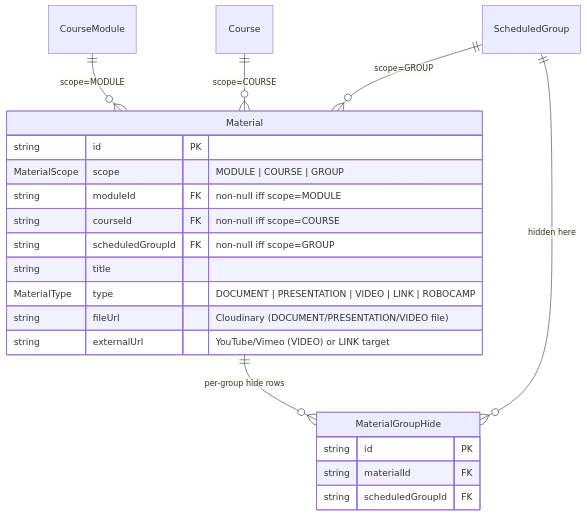
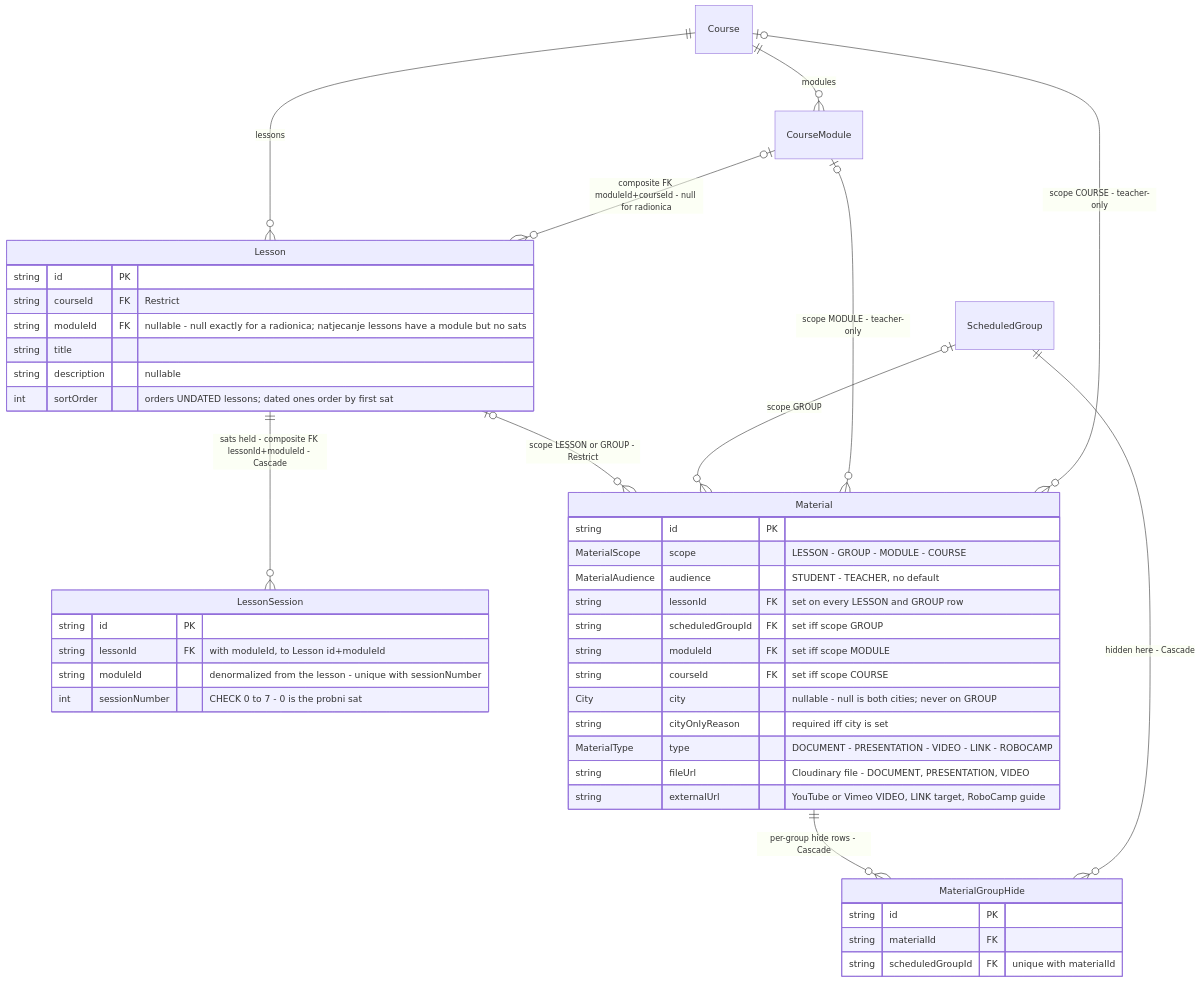
Before and after one commit to jpucic00/inovatic: the first of 6 diagrams in docs/diagrams/material-scope.md, drawn with Mermaid. The commit also changed other lines of this file and 30 other files, not shown here.

````diff
--- a/docs/diagrams/material-scope.md
+++ b/docs/diagrams/material-scope.md
@@ -13,26 +16,50 @@
 ```mermaid
 erDiagram
-    CourseModule   ||--o{ Material : "scope=MODULE"
-    Course         ||--o{ Material : "scope=COURSE"
-    ScheduledGroup ||--o{ Material : "scope=GROUP"
-    Material       ||--o{ MaterialGroupHide : "per-group hide rows"
-    ScheduledGroup ||--o{ MaterialGroupHide : "hidden here"
+    Course         ||--o{ CourseModule : "modules"
+    Course         ||--o{ Lesson : "lessons"
+    CourseModule   |o--o{ Lesson : "composite FK moduleId+courseId - null for radionica"
+    Lesson         ||--o{ LessonSession : "sats held - composite FK lessonId+moduleId - Cascade"
+    Lesson         |o--o{ Material : "scope LESSON or GROUP - Restrict"
+    ScheduledGroup |o--o{ Material : "scope GROUP"
+    CourseModule   |o--o{ Material : "scope MODULE - teacher-only"
+    Course         |o--o{ Material : "scope COURSE - teacher-only"
+    Material       ||--o{ MaterialGroupHide : "per-group hide rows - Cascade"
+    ScheduledGroup ||--o{ MaterialGroupHide : "hidden here - Cascade"
+
+    Lesson {
+        string id PK
+        string courseId FK "Restrict"
+        string moduleId FK "nullable - null exactly for a radionica; natjecanje lessons have a module but no sats"
+        string title
+        string description "nullable"
+        int sortOrder "orders UNDATED lessons; dated ones order by first sat"
+    }
+
+    LessonSession {
+        string id PK
+        string lessonId FK "with moduleId, to Lesson id+moduleId"
+        string moduleId "denormalized from the lesson - unique with sessionNumber"
+        int sessionNumber "CHECK 0 to 7 - 0 is the probni sat"
+    }
 
     Material {
         string id PK
-        MaterialScope scope "MODULE | COURSE | GROUP"
-        string moduleId FK "non-null iff scope=MODULE"
-        string courseId FK "non-null iff scope=COURSE"
-        string scheduledGroupId FK "non-null iff scope=GROUP"
-        string title
-        MaterialType type "DOCUMENT | PRESENTATION | VIDEO | LINK | ROBOCAMP"
-        string fileUrl "Cloudinary (DOCUMENT/PRESENTATION/VIDEO file)"
-        string externalUrl "YouTube/Vimeo (VIDEO) or LINK target"
+        MaterialScope scope "LESSON - GROUP - MODULE - COURSE"
+        MaterialAudience audience "STUDENT - TEACHER, no default"
+        string lessonId FK "set on every LESSON and GROUP row"
+        string scheduledGroupId FK "set iff scope GROUP"
+        string moduleId FK "set iff scope MODULE"
+        string courseId FK "set iff scope COURSE"
+        City city "nullable - null is both cities; never on GROUP"
+        string cityOnlyReason "required iff city is set"
+        MaterialType type "DOCUMENT - PRESENTATION - VIDEO - LINK - ROBOCAMP"
+        string fileUrl "Cloudinary file - DOCUMENT, PRESENTATION, VIDEO"
+        string externalUrl "YouTube or Vimeo VIDEO, LINK target, RoboCamp guide"
     }
 
     MaterialGroupHide {
         string id PK
         string materialId FK
-        string scheduledGroupId FK
+        string scheduledGroupId FK "unique with materialId"
     }
 ```
````
